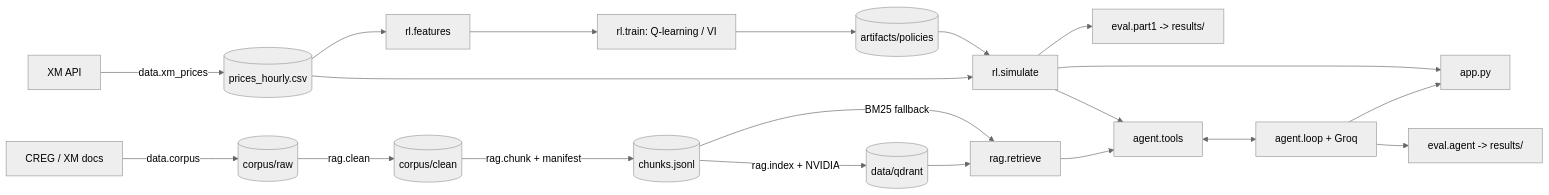
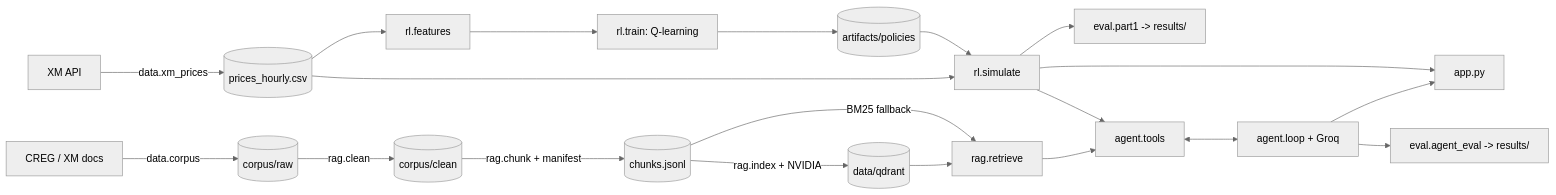
The diagram in docs/architecture.md (Efrain-J/proyecto-final-IA), drawn with Mermaid (neutral theme) before and after one commit. The commit also changed other lines of this file and 4 other files, not shown here.

````diff
--- a/docs/architecture.md
+++ b/docs/architecture.md
@@ -25,18 +25,18 @@
 ```mermaid
 flowchart LR
   XM[XM API] -->|data.xm_prices| CSV[(prices_hourly.csv)]
-  CSV --> FEAT[rl.features] --> TRAIN[rl.train: Q-learning / VI] --> POL[(artifacts/policies)]
+  CSV --> FEAT[rl.features] --> TRAIN[rl.train: Q-learning] --> POL[(artifacts/policies)]
   CSV --> SIM[rl.simulate]
   POL --> SIM
   SIM --> EV1[eval.part1 -> results/]
   WEB[CREG / XM docs] -->|data.corpus| RAW[(corpus/raw)] -->|rag.clean| CLEAN[(corpus/clean)]
   CLEAN -->|rag.chunk + manifest| CH[(chunks.jsonl)] -->|rag.index + NVIDIA| QD[(data/qdrant)]
   QD --> RET[rag.retrieve]
   CH -->|BM25 fallback| RET
   RET --> TOOLS[agent.tools]
   SIM --> TOOLS
   TOOLS <--> LOOP[agent.loop + Groq]
   LOOP --> APP[app.py]
   SIM --> APP
-  LOOP --> EV2[eval.agent -> results/]
+  LOOP --> EV2[eval.agent_eval -> results/]
 ```
````
